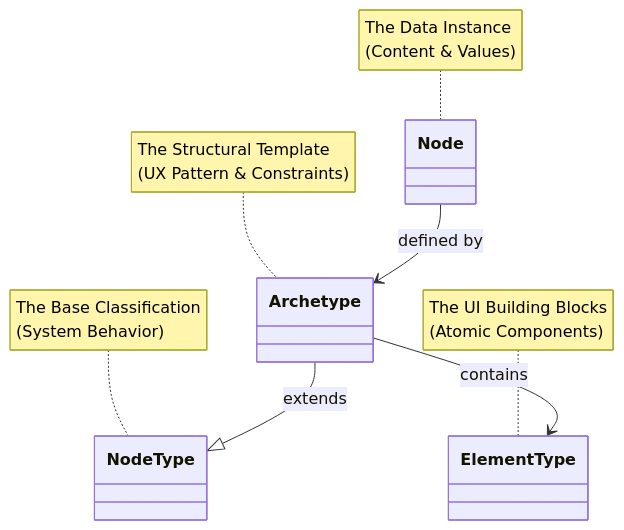
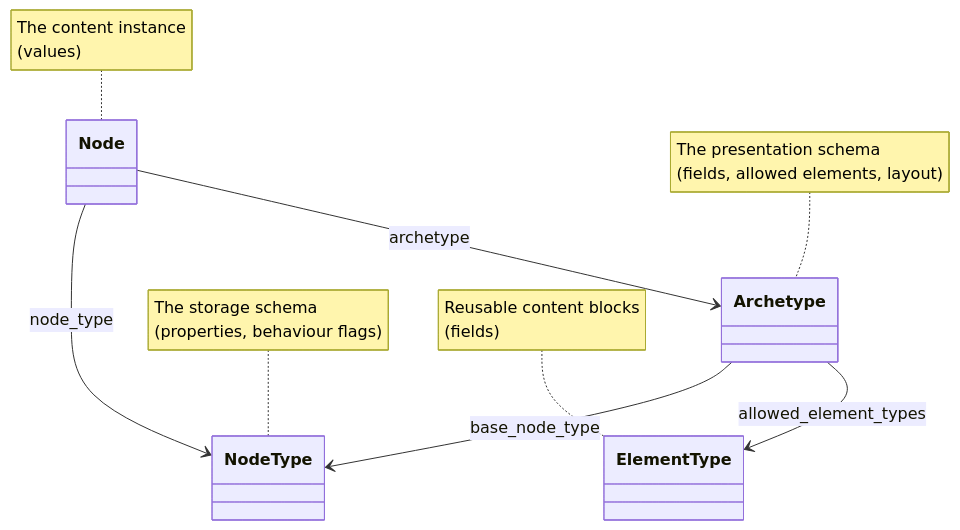
One commit to maravilla-labs/raisindb-website changed the first of 2 diagrams in docs/concepts/dcad.md. Above: the diagram before and after it, drawn with Mermaid. The commit also changed other lines of this file and 174 other files, not shown here.

````diff
--- a/docs/concepts/dcad.md
+++ b/docs/concepts/dcad.md
@@ -35,20 +17,21 @@
 ```mermaid
 classDiagram
   class Node
   class NodeType
   class Archetype
   class ElementType
 
-  note for Node "The Data Instance
-  (Content & Values)"
-  note for NodeType "The Base Classification
-  (System Behavior)"
-  note for Archetype "The Structural Template
-  (UX Pattern & Constraints)"
-  note for ElementType "The UI Building Blocks
-  (Atomic Components)"
+  note for Node "The content instance
+  (values)"
+  note for NodeType "The storage schema
+  (properties, behaviour flags)"
+  note for Archetype "The presentation schema
+  (fields, allowed elements, layout)"
+  note for ElementType "Reusable content blocks
+  (fields)"
 
-  Node --> Archetype : defined by
-  Archetype --|> NodeType : extends
-  Archetype --> ElementType : contains
+  Node --> NodeType : node_type
+  Node --> Archetype : archetype
+  Archetype --> NodeType : base_node_type
+  Archetype --> ElementType : allowed_element_types
 ```
````
